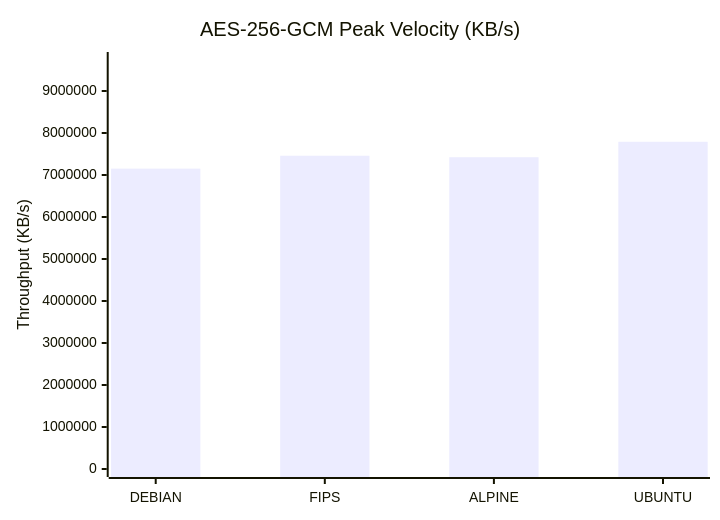
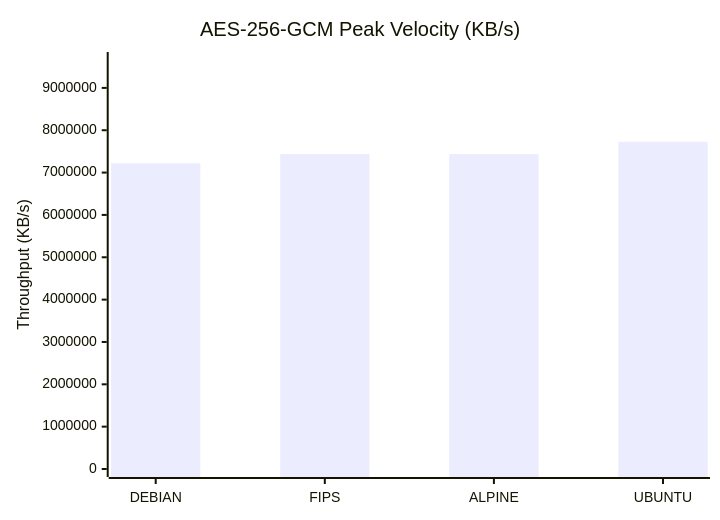
The first of 9 diagrams in docs/Comparison_Report.md (taha2samy/openssl_fips), drawn with Mermaid before and after one commit. The commit also changed other lines of this file and 2 other files, not shown here.

````diff
--- a/docs/Comparison_Report.md
+++ b/docs/Comparison_Report.md
@@ -56,7 +56,7 @@
 ```mermaid
 xychart-beta
     title "AES-256-GCM Peak Velocity (KB/s)"
     x-axis [DEBIAN, FIPS, ALPINE, UBUNTU]
-    y-axis "Throughput (KB/s)" 0 --> 9738045
-    bar [7151181.82, 7458865.15, 7423262.72, 7790436.35]
+    y-axis "Throughput (KB/s)" 0 --> 9658660
+    bar [7219948.75, 7437079.35, 7435221.4, 7726928.69]
 ```
````
